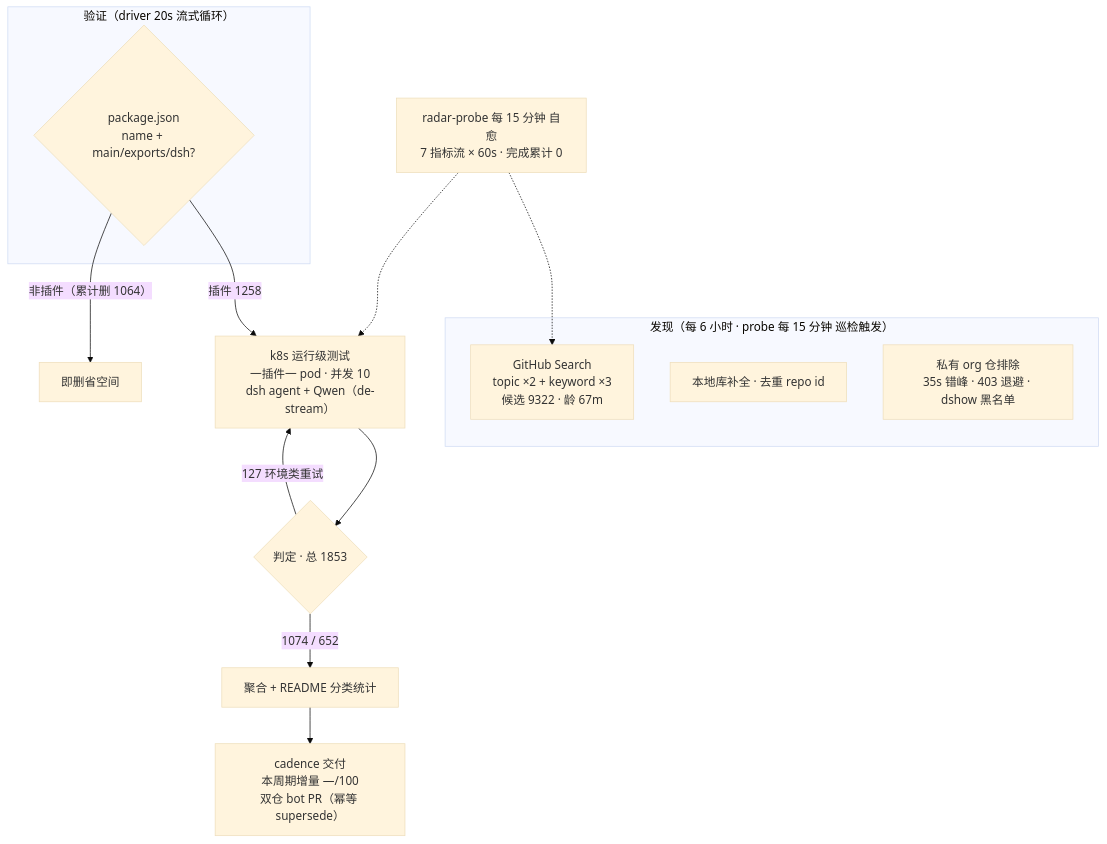
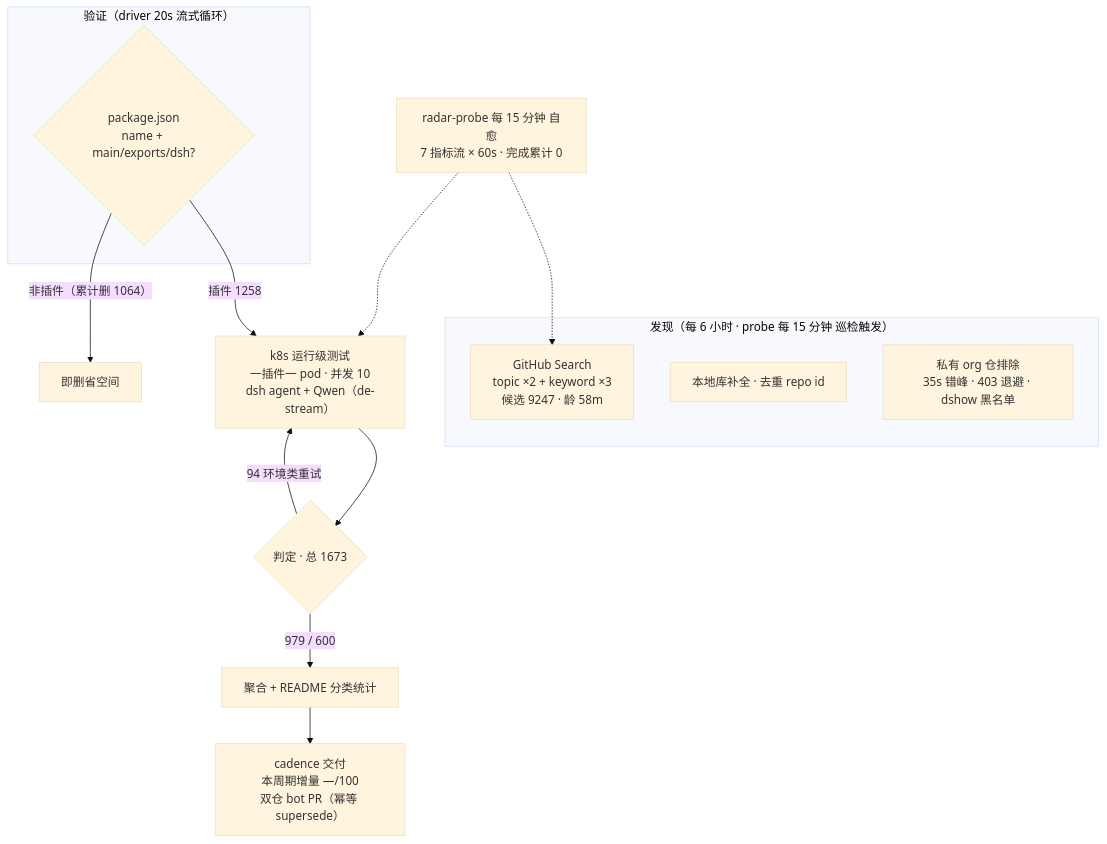
Before and after one commit to Zhidao-Lab-OSS/awesome-dsh-plugins: the diagram in README.md, drawn with Mermaid (base theme). The commit also changed other lines of this file and 1 other file, not shown here.

````diff
--- a/README.md
+++ b/README.md
@@ -37,19 +37,19 @@
 ```mermaid
 flowchart TB
     subgraph Discovery[" 发现（每 6 小时 · probe 每 15 分钟 巡检触发）"]
-        A1["GitHub Search<br/>topic ×2 + keyword ×3<br/>候选 9322 · 龄 67m"]
+        A1["GitHub Search<br/>topic ×2 + keyword ×3<br/>候选 9247 · 龄 58m"]
         A2["本地库补全 · 去重 repo id"]
         A3[" 私有 org 仓排除<br/>35s 错峰 · 403 退避 · dshow 黑名单"]
     end
     subgraph Validation[" 验证（driver 20s 流式循环）"]
         B1{"package.json<br/>name + main/exports/dsh?"}
     end
     B1 -->|"插件 1258"| C1["k8s 运行级测试<br/>一插件一 pod · 并发 10<br/>dsh agent + Qwen（de-stream）"]
     B1 -->|"非插件（累计删 1064）"| B3[" 即删省空间"]
-    C1 --> D1{"判定 · 总 1853"}
-    D1 -->|" 1074 /  652"| E1["聚合 + README 分类统计"]
-    D1 -->|" 127 环境类重试"| C1
+    C1 --> D1{"判定 · 总 1673"}
+    D1 -->|" 979 /  600"| E1["聚合 + README 分类统计"]
+    D1 -->|" 94 环境类重试"| C1
     E1 --> E2["cadence 交付<br/>本周期增量 —/100<br/>双仓 bot PR（幂等 supersede）"]
     M[" radar-probe 每 15 分钟 自愈<br/>7 指标流 × 60s · 完成累计 0"] -.-> A1
     M -.-> C1
 ```
````
